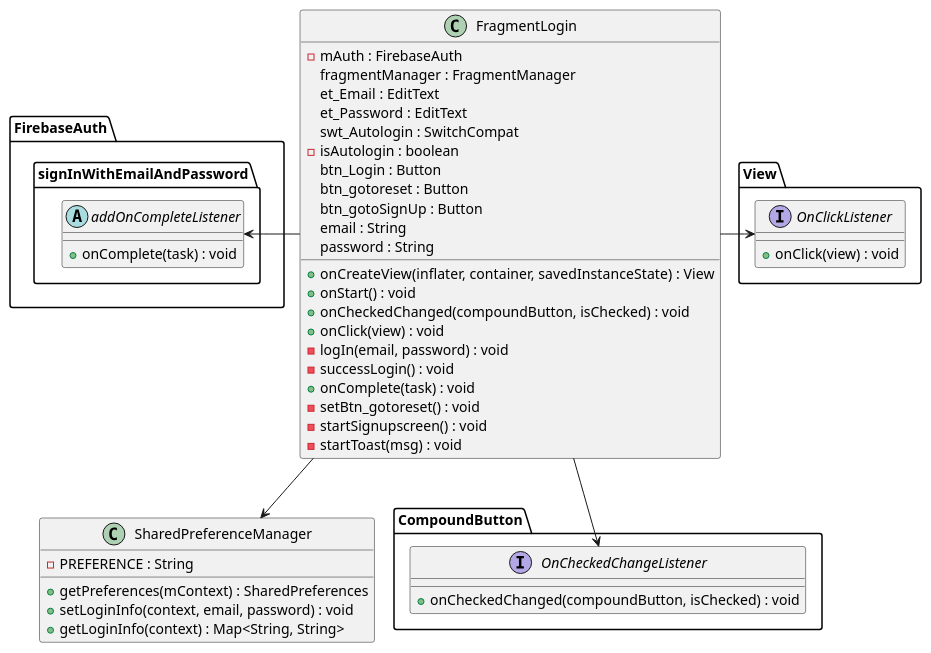
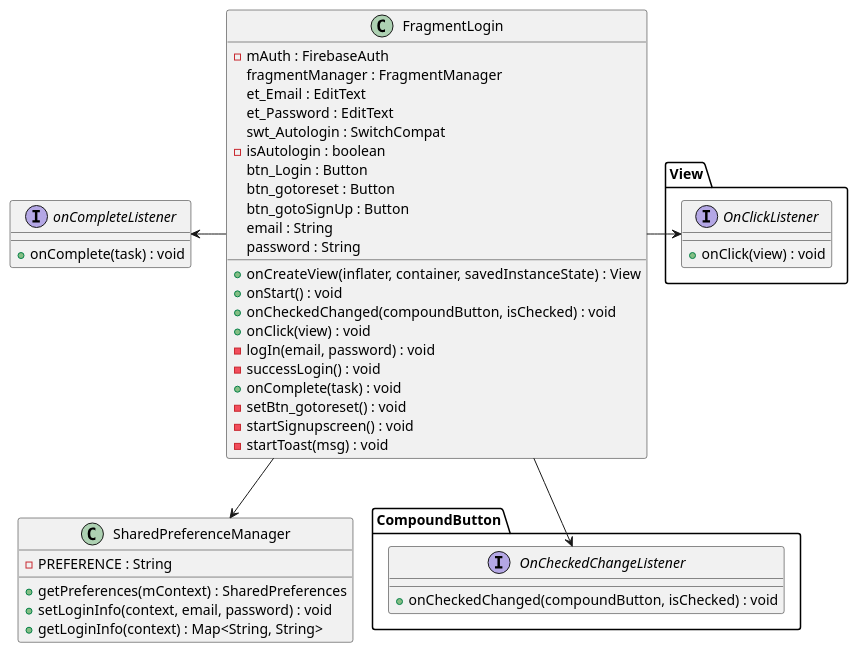
The diagram in app/src/main/java/com/daejin/subwayapp/diagram/FragmentLoginClass.puml (CherryIntoSpace/SubwayApp), drawn with PlantUML before and after one commit. The commit also changed 8 other files, not shown here.

Commit message:
2023-11-03 diagram

```diff
--- a/app/src/main/java/com/daejin/subwayapp/diagram/FragmentLoginClass.puml
+++ b/app/src/main/java/com/daejin/subwayapp/diagram/FragmentLoginClass.puml
@@ -1,52 +1,50 @@
 @startuml
 FragmentLogin --> CompoundButton.OnCheckedChangeListener
-FragmentLogin -left-> FirebaseAuth.signInWithEmailAndPassword.addOnCompleteListener
+FragmentLogin -left-> onCompleteListener
 FragmentLogin -r-> View.OnClickListener
 FragmentLogin -down-> SharedPreferenceManager
 
 class FragmentLogin {
     -mAuth : FirebaseAuth
     fragmentManager : FragmentManager
     et_Email : EditText
     et_Password : EditText
     swt_Autologin : SwitchCompat
     -isAutologin : boolean
     btn_Login : Button
     btn_gotoreset : Button
     btn_gotoSignUp : Button
     email : String
     password : String
 
     +onCreateView(inflater, container, savedInstanceState) : View
     +onStart() : void
     +onCheckedChanged(compoundButton, isChecked) : void
     +onClick(view) : void
     -logIn(email, password) : void
     -successLogin() : void
     +onComplete(task) : void
     -setBtn_gotoreset() : void
     -startSignupscreen() : void
     -startToast(msg) : void
 }
-namespace FirebaseAuth.signInWithEmailAndPassword{
-    abstract class addOnCompleteListener {
-        +onComplete(task) : void
-    }
+interface onCompleteListener {
+    +onComplete(task) : void
 }
 
 interface CompoundButton.OnCheckedChangeListener {
     +onCheckedChanged(compoundButton, isChecked) : void
 }
 
 interface View.OnClickListener {
     +onClick(view) : void
 }
 
 class SharedPreferenceManager {
     -PREFERENCE : String
     +getPreferences(mContext) : SharedPreferences
     +setLoginInfo(context, email, password) : void
     +getLoginInfo(context) : Map<String, String>
 }
 
 @enduml
```
